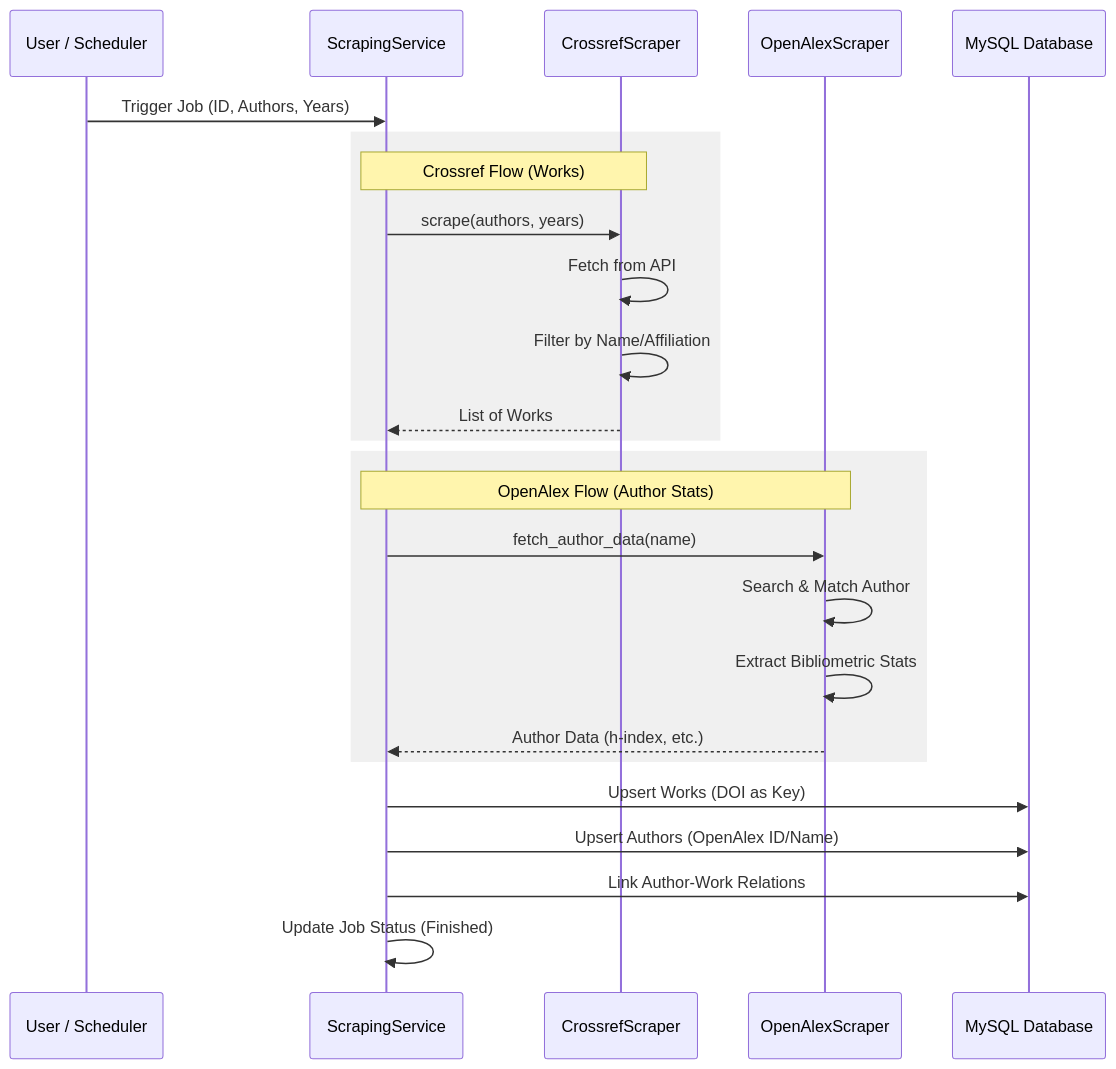
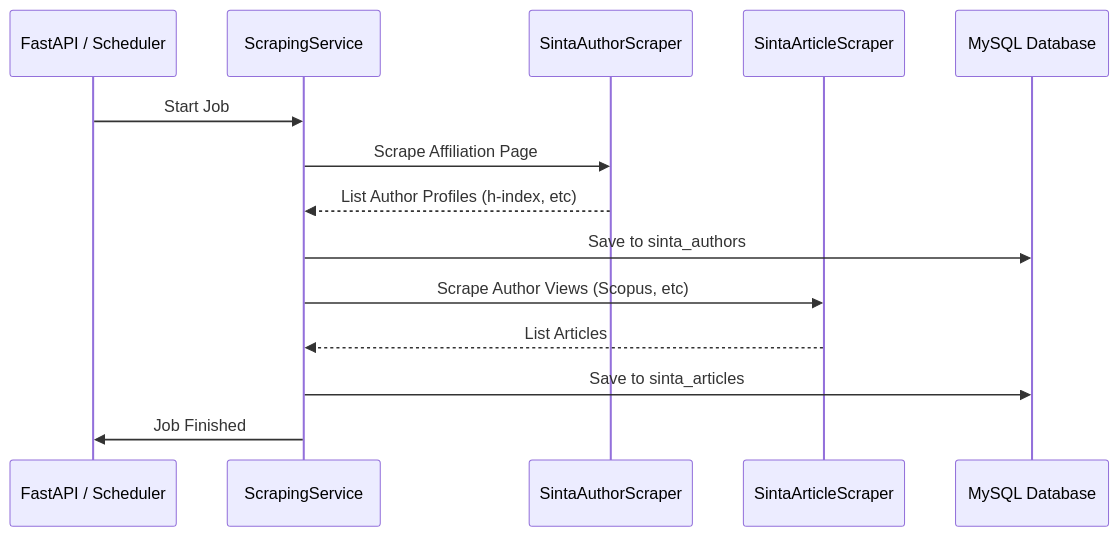
One commit to aprnna/KP-Backend changed the diagram in README.md. Above: the diagram before and after it, drawn with Mermaid. The commit also changed other lines of this file and 25 other files, not shown here.

````diff
--- a/README.md
+++ b/README.md
@@ -238,31 +133,19 @@
 ```mermaid
 sequenceDiagram
-    participant Trigger as User / Scheduler
+    participant API as FastAPI / Scheduler
     participant SS as ScrapingService
-    participant CR as CrossrefScraper
-    participant OA as OpenAlexScraper
+    participant SAH as SintaAuthorScraper
+    participant SAR as SintaArticleScraper
     participant DB as MySQL Database
 
-    Trigger->>SS: Trigger Job (ID, Authors, Years)
-
-    rect rgb(240, 240, 240)
-        Note over SS, CR: Crossref Flow (Works)
-        SS->>CR: scrape(authors, years)
-        CR->>CR: Fetch from API
-        CR->>CR: Filter by Name/Affiliation
-        CR-->>SS: List of Works
-    end
-
-    rect rgb(240, 240, 240)
-        Note over SS, OA: OpenAlex Flow (Author Stats)
-        SS->>OA: fetch_author_data(name)
-        OA->>OA: Search & Match Author
-        OA->>OA: Extract Bibliometric Stats
-        OA-->>SS: Author Data (h-index, etc.)
-    end
-
-    SS->>DB: Upsert Works (DOI as Key)
-    SS->>DB: Upsert Authors (OpenAlex ID/Name)
-    SS->>DB: Link Author-Work Relations
-    SS->>SS: Update Job Status (Finished)
+    API->>SS: Start Job
+    SS->>SAH: Scrape Affiliation Page
+    SAH-->>SS: List Author Profiles (h-index, etc)
+    SS->>DB: Save to sinta_authors
+    
+    SS->>SAR: Scrape Author Views (Scopus, etc)
+    SAR-->>SS: List Articles
+    SS->>DB: Save to sinta_articles
+    
+    SS->>API: Job Finished
 ```
````
